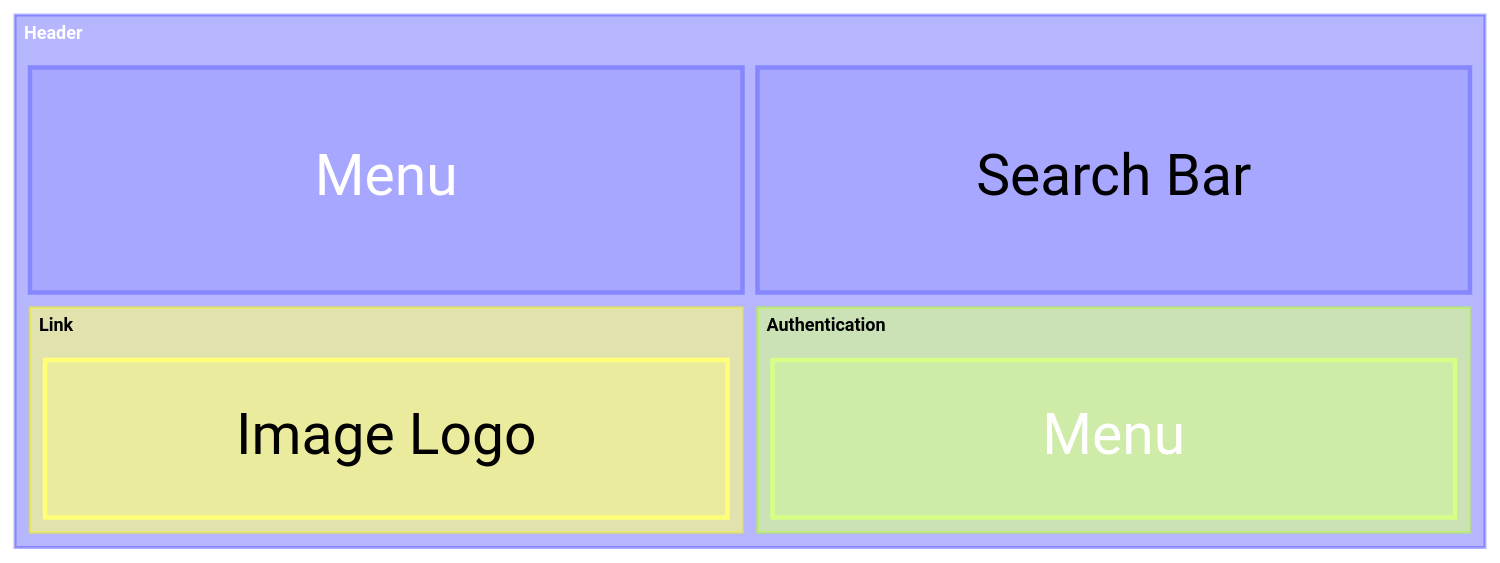
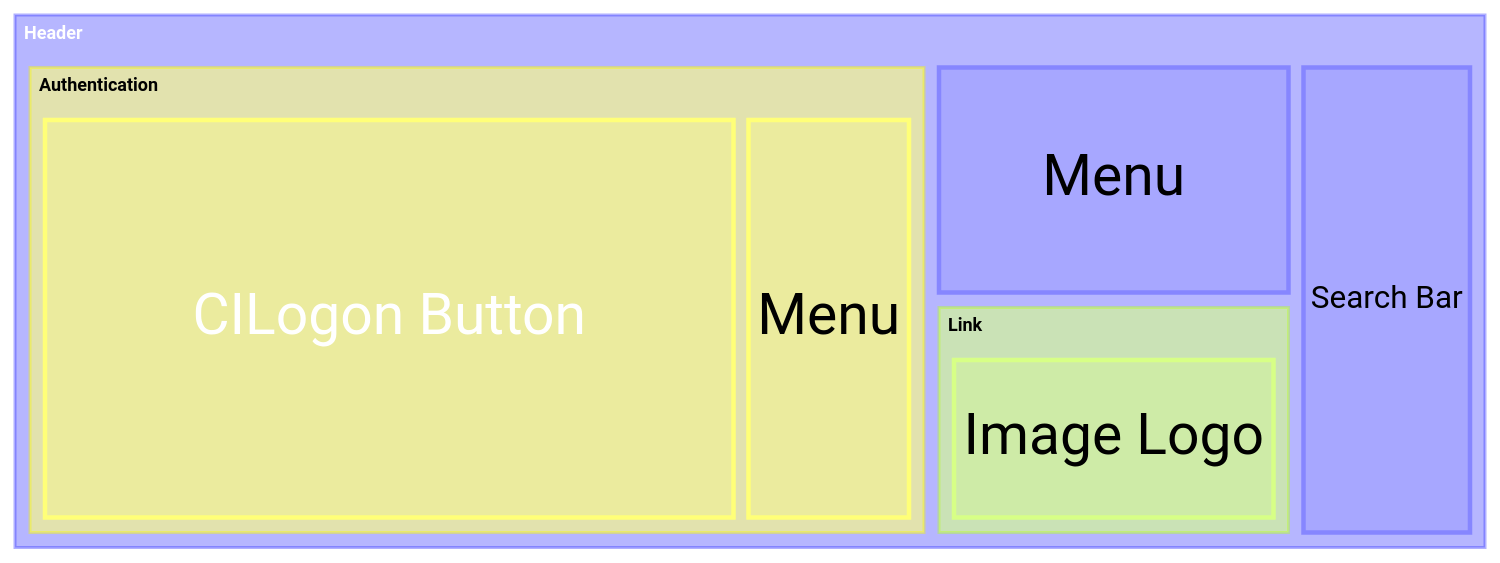
Before and after one commit to Pan-Canadian-Genome-Library/documentation: the second of 3 diagrams in patterns/guidance_common_elements_for_portals.md, drawn with Mermaid. The commit also changed other lines of this file and 7 other files, not shown here.

Commit message:
feature(documentation): adding the schema for the header

````diff
--- a/patterns/guidance_common_elements_for_portals.md
+++ b/patterns/guidance_common_elements_for_portals.md
@@ -145,17 +111,18 @@
 ```mermaid
 ---
 config:
   treemap:
     showValues: false
 ---
 
 treemap-beta
 "Header"
     "Menu": 20
     "Link"
         "Image Logo": 20
     "Search Bar": 20
     "Authentication"
+        "CILogon Button": 80
         "Menu": 20
 
 ```
````
